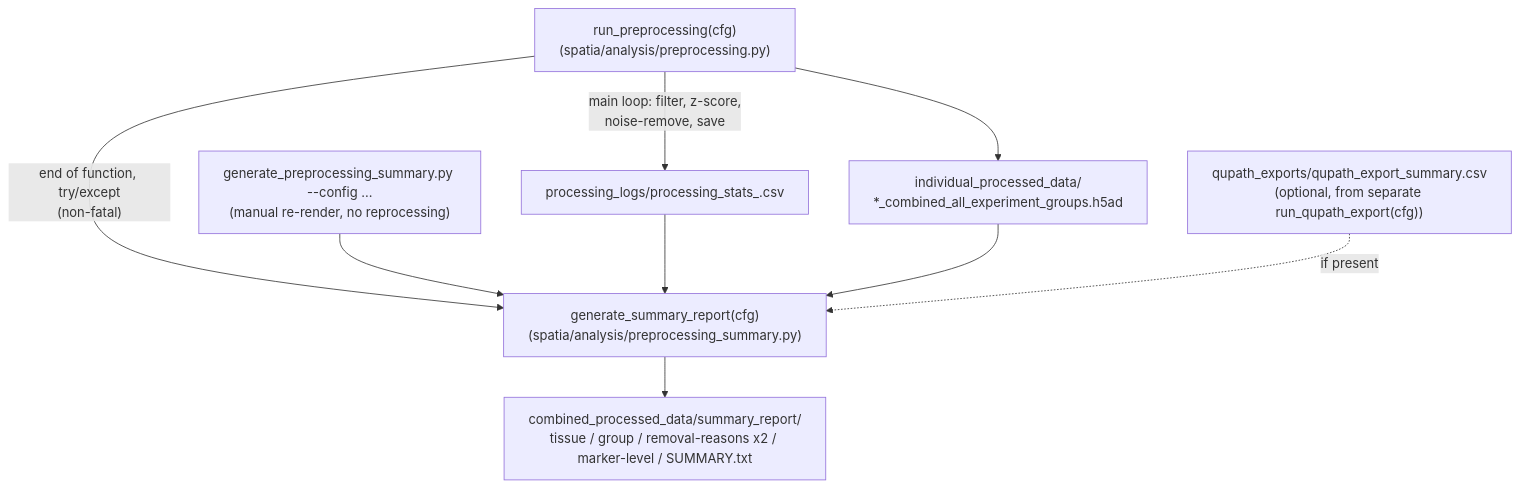
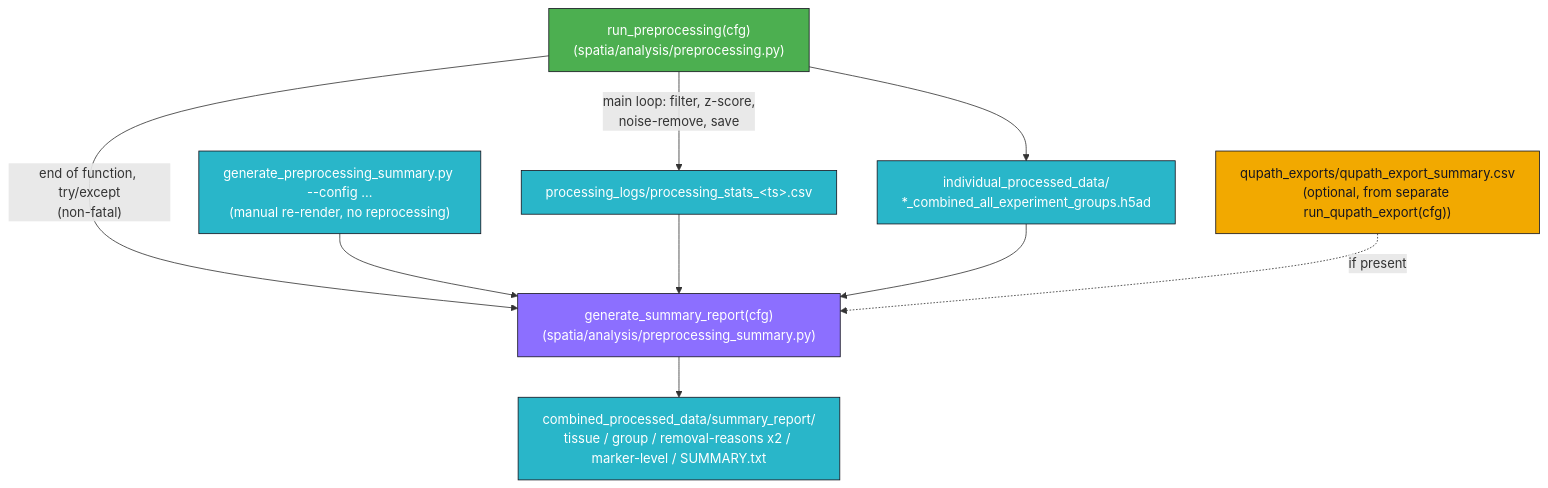
The diagram in docs/generate_preprocessing_summary.md (Afroozjahedi/spatia-pipeline-for-cirro), drawn with Mermaid before and after one commit. The commit also changed other lines of this file and 24 other files, not shown here.

First line of the commit message:
Colorize pipeline docs with badges, GitHub alerts, and Mermaid diagrams

````diff
--- a/docs/generate_preprocessing_summary.md
+++ b/docs/generate_preprocessing_summary.md
@@ -15,11 +17,16 @@
 ```mermaid
 flowchart TD
-    RP["run_preprocessing(cfg)\n(spatia/analysis/preprocessing.py)"] -->|"main loop: filter, z-score,\nnoise-remove, save"| STATS["processing_logs/processing_stats_<ts>.csv"]
-    RP --> H5AD["individual_processed_data/\n*_combined_all_experiment_groups.h5ad"]
-    RP -->|"end of function, try/except\n(non-fatal)"| GSR["generate_summary_report(cfg)\n(spatia/analysis/preprocessing_summary.py)"]
-    CLI["generate_preprocessing_summary.py --config ...\n(manual re-render, no reprocessing)"] --> GSR
+    classDef step fill:#4CAF50,stroke:#15151F,color:#ffffff
+    classDef io fill:#29B6C9,stroke:#15151F,color:#ffffff
+    classDef report fill:#8C6FFF,stroke:#15151F,color:#ffffff
+    classDef optional fill:#F2A900,stroke:#15151F,color:#15151F
+
+    RP["run_preprocessing(cfg)\n(spatia/analysis/preprocessing.py)"]:::step -->|"main loop: filter, z-score,\nnoise-remove, save"| STATS["processing_logs/processing_stats_&lt;ts&gt;.csv"]:::io
+    RP --> H5AD["individual_processed_data/\n*_combined_all_experiment_groups.h5ad"]:::io
+    RP -->|"end of function, try/except\n(non-fatal)"| GSR["generate_summary_report(cfg)\n(spatia/analysis/preprocessing_summary.py)"]:::report
+    CLI["generate_preprocessing_summary.py --config ...\n(manual re-render, no reprocessing)"]:::io --> GSR
     STATS --> GSR
     H5AD --> GSR
-    QEXP["qupath_exports/qupath_export_summary.csv\n(optional, from separate run_qupath_export(cfg))"] -.if present.-> GSR
-    GSR --> OUT["combined_processed_data/summary_report/\ntissue / group / removal-reasons x2 / marker-level / SUMMARY.txt"]
+    QEXP["qupath_exports/qupath_export_summary.csv\n(optional, from separate run_qupath_export(cfg))"]:::optional -.if present.-> GSR
+    GSR --> OUT["combined_processed_data/summary_report/\ntissue / group / removal-reasons x2 / marker-level / SUMMARY.txt"]:::io
 ```
````
